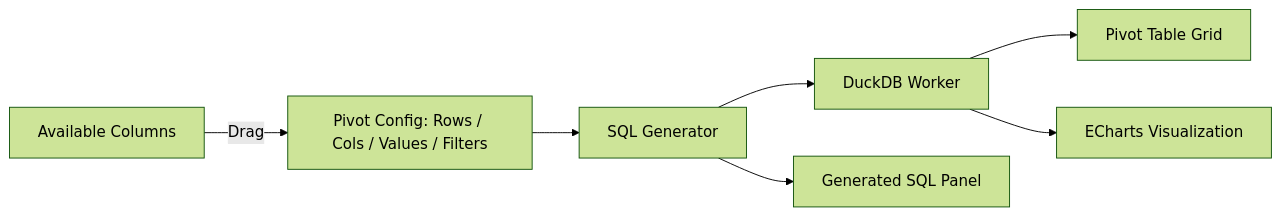
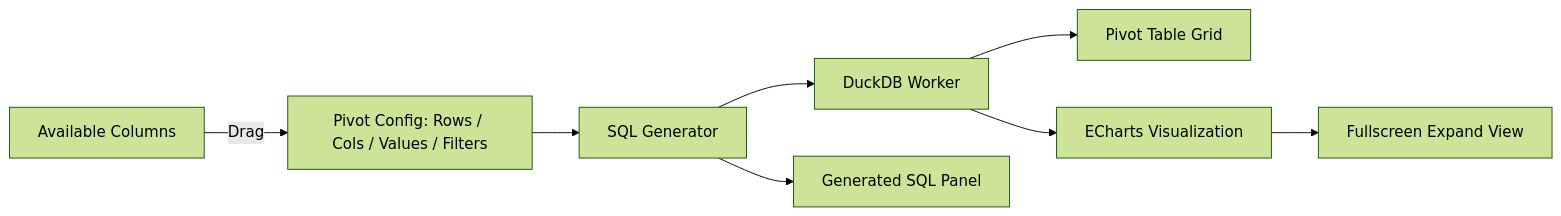
One commit to KrushnaVardhanReddy/LocalMind changed the diagram in docs/specs/phase-1/06_bi_pivot_spec.md. Above: the diagram before and after it, drawn with Mermaid (forest theme). The commit also changed other lines of this file and 3 other files, not shown here.

````diff
--- a/docs/specs/phase-1/06_bi_pivot_spec.md
+++ b/docs/specs/phase-1/06_bi_pivot_spec.md
@@ -8,9 +8,10 @@
 ```mermaid
 graph LR
     ColumnList[Available Columns] -->|Drag| PivotConfig[Pivot Config: Rows / Cols / Values / Filters]
     PivotConfig --> SQLGen[SQL Generator]
     SQLGen --> DuckDB[DuckDB Worker]
     DuckDB --> PivotTable[Pivot Table Grid]
     DuckDB --> ECharts[ECharts Visualization]
     SQLGen --> SQLPanel[Generated SQL Panel]
+    ECharts --> FullscreenModal[Fullscreen Expand View]
 ```
````
